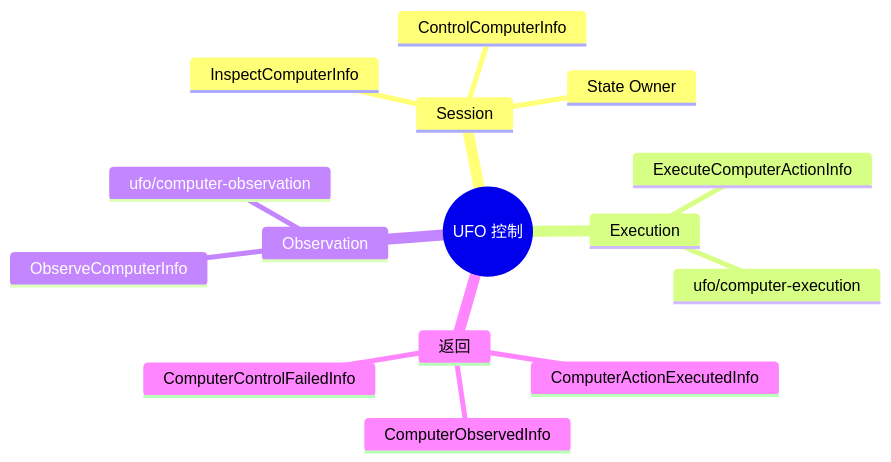
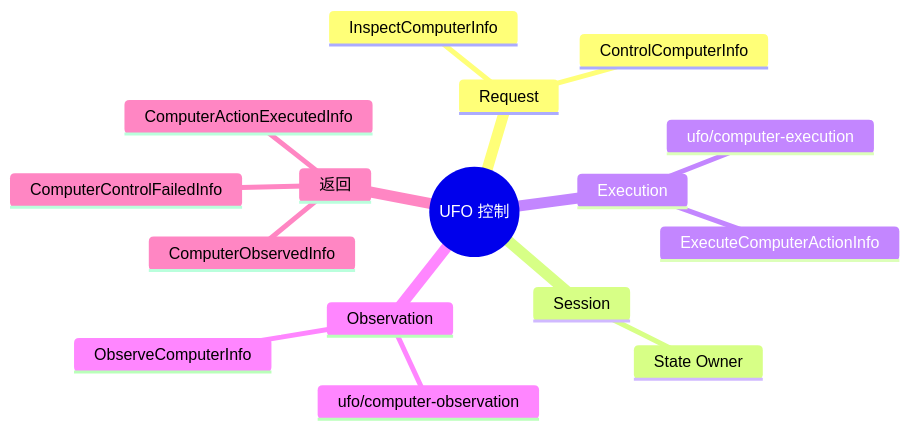
The diagram in REFERENCE/plugins/ufo-computer-control.md (vd249175-cpu/GSDK), drawn with Mermaid before and after one commit. The commit also changed other lines of this file and 25 other files, not shown here.

Commit message:
refactor: make desktop workflow and UFO control graphs acyclic

````diff
--- a/REFERENCE/plugins/ufo-computer-control.md
+++ b/REFERENCE/plugins/ufo-computer-control.md
@@ -15,18 +15,19 @@
 ```mermaid
 mindmap
   root((UFO 控制))
+    Request
+      InspectComputerInfo
+      ControlComputerInfo
     Session
       State Owner
-      InspectComputerInfo
-      ControlComputerInfo
     Execution
       ExecuteComputerActionInfo
       ufo/computer-execution
     Observation
       ObserveComputerInfo
       ufo/computer-observation
     返回
       ComputerActionExecutedInfo
       ComputerObservedInfo
       ComputerControlFailedInfo
 ```
````
